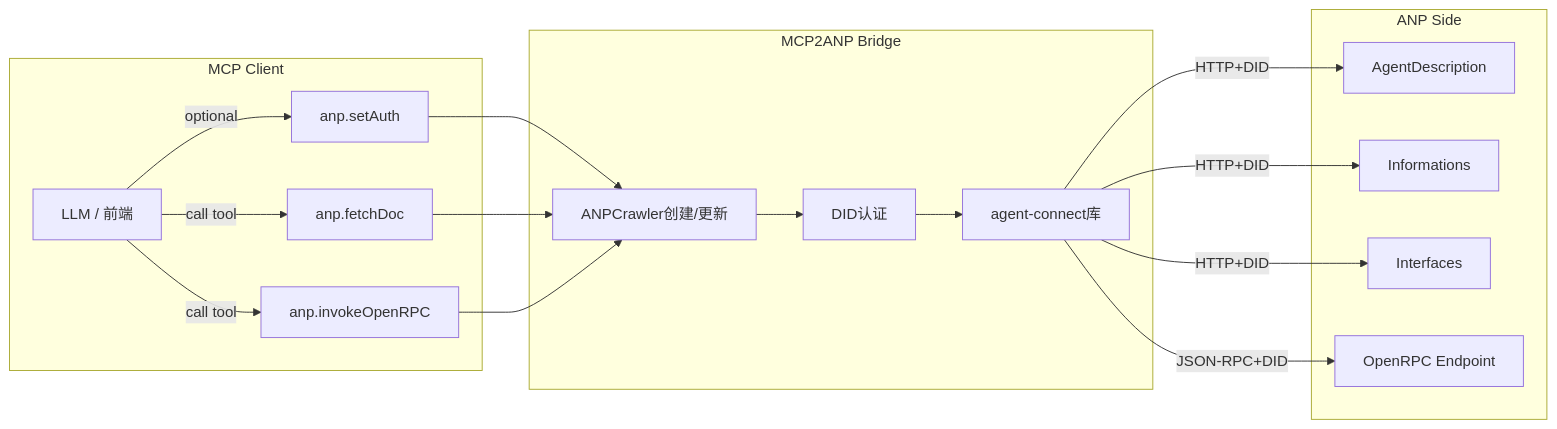
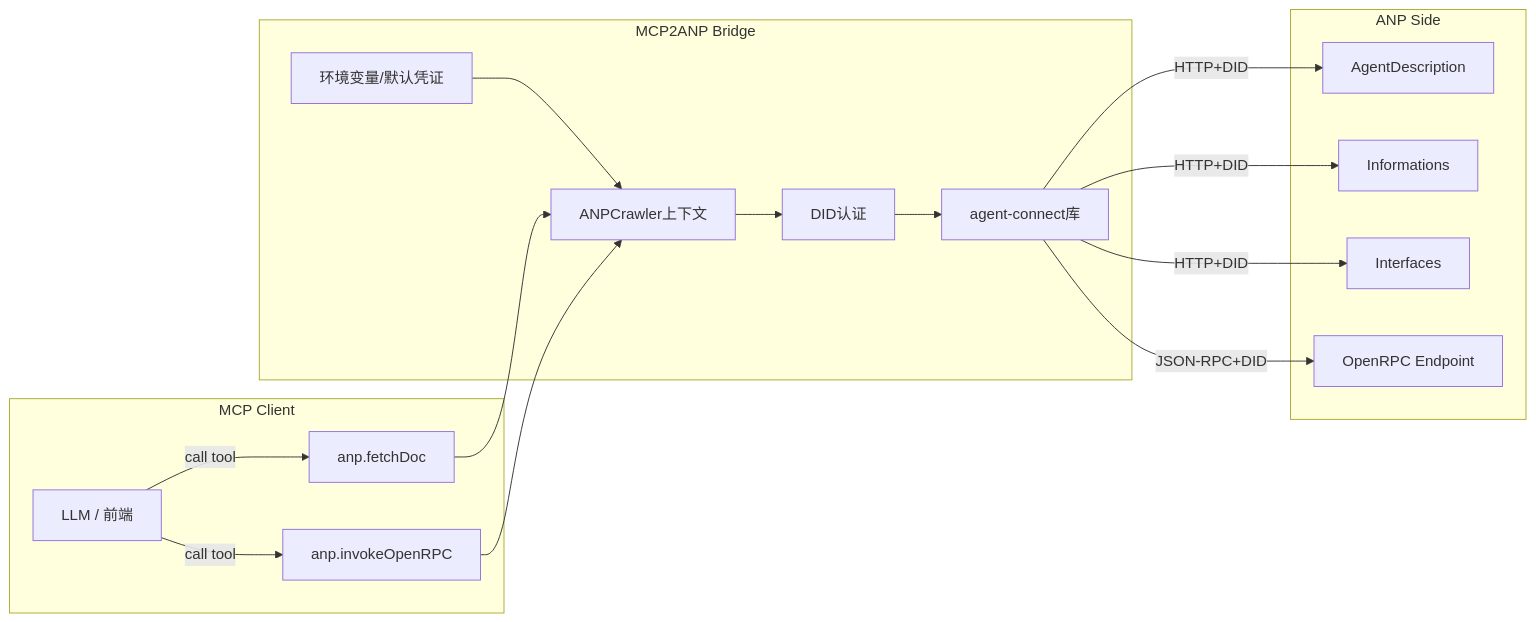
One commit to agent-network-protocol/mcp2anp changed the diagram in README.md. Above: the diagram before and after it, drawn with Mermaid. The commit also changed other lines of this file and 13 other files, not shown here.

````diff
--- a/README.md
+++ b/README.md
@@ -30,23 +30,22 @@
 ```mermaid
 flowchart LR
     subgraph MCP Client
       U[LLM / 前端] -->|call tool| T1[anp.fetchDoc]
       U -->|call tool| T2[anp.invokeOpenRPC]
-      U -->|optional| T0[anp.setAuth]
     end
 
     subgraph MCP2ANP Bridge
-      T0 --> AC[ANPCrawler创建/更新]
+      ENV[环境变量/默认凭证] --> AC[ANPCrawler上下文]
       T1 --> AC
       T2 --> AC
       AC --> DID[DID认证]
       DID --> AGL[agent-connect库]
     end
 
     subgraph ANP Side
       AGL -->|HTTP+DID| D1[AgentDescription]
       AGL -->|HTTP+DID| D2[Informations]
       AGL -->|HTTP+DID| D3[Interfaces]
       AGL -->|JSON-RPC+DID| E1[OpenRPC Endpoint]
     end
 ```
````
